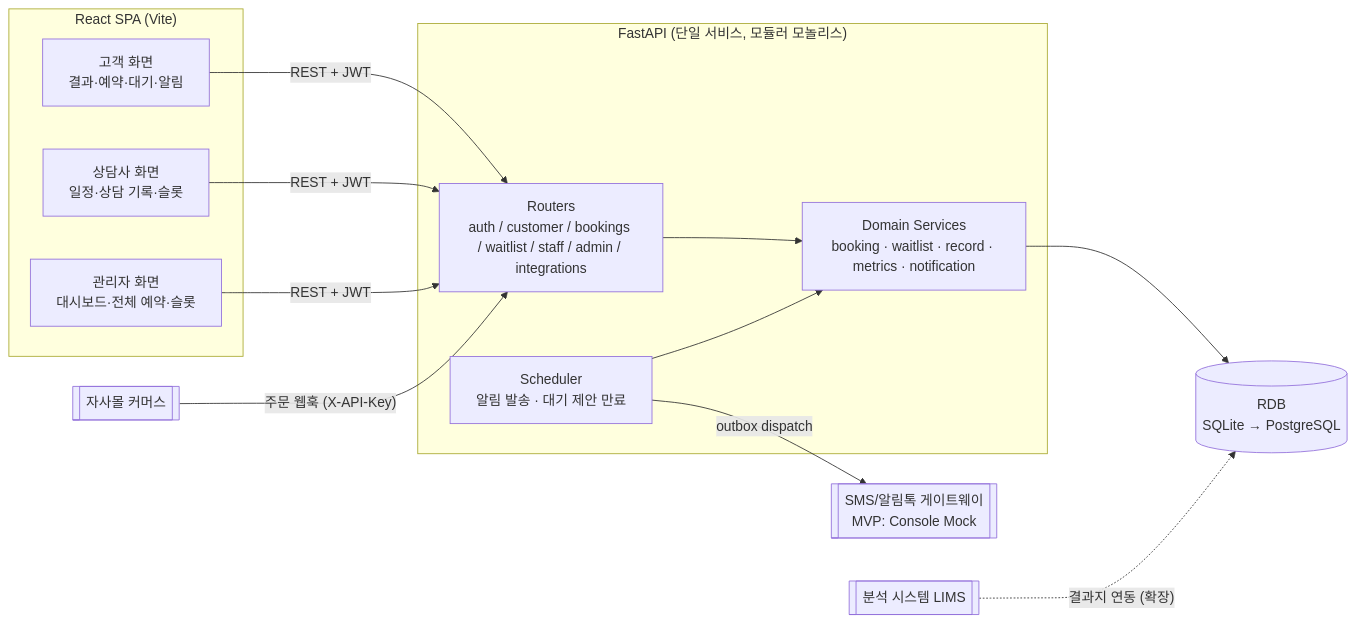
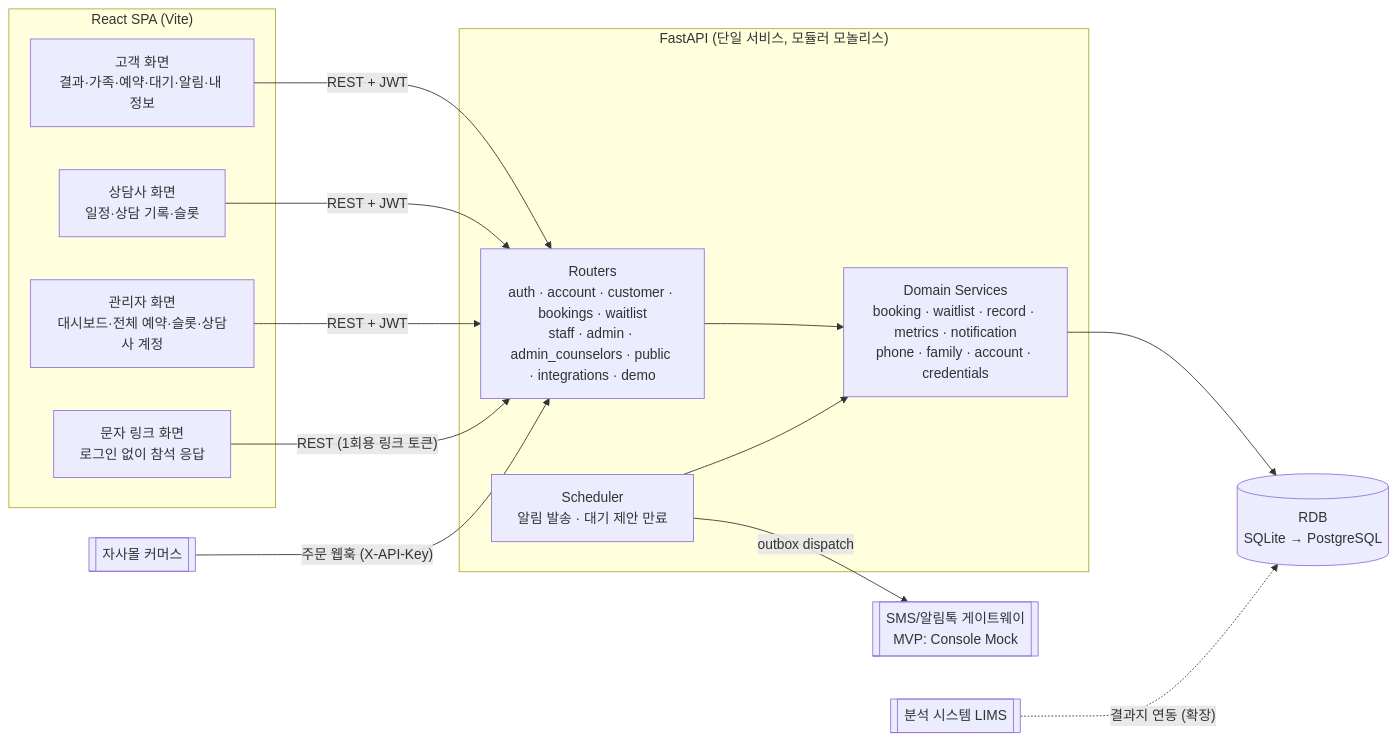
Before and after one commit to khj0317/Allosta: the first of 8 diagrams in docs/03-system-design.md, drawn with Mermaid. The commit also changed other lines of this file and 20 other files, not shown here.

````diff
--- a/docs/03-system-design.md
+++ b/docs/03-system-design.md
@@ -5,26 +5,28 @@
 ```mermaid
 flowchart LR
     subgraph Client["React SPA (Vite)"]
-        C1[고객 화면<br/>결과·예약·대기·알림]
+        C1[고객 화면<br/>결과·가족·예약·대기·알림·내 정보]
         C2[상담사 화면<br/>일정·상담 기록·슬롯]
-        C3[관리자 화면<br/>대시보드·전체 예약·슬롯]
+        C3[관리자 화면<br/>대시보드·전체 예약·슬롯·상담사 계정]
+        C4[문자 링크 화면<br/>로그인 없이 참석 응답]
     end
 
     subgraph API["FastAPI (단일 서비스, 모듈러 모놀리스)"]
-        R[Routers<br/>auth / customer / bookings / waitlist / staff / admin / integrations]
-        S[Domain Services<br/>booking · waitlist · record · metrics · notification]
+        R[Routers<br/>auth · account · customer · bookings · waitlist<br/>staff · admin · admin_counselors · public · integrations · demo]
+        S[Domain Services<br/>booking · waitlist · record · metrics · notification<br/>phone · family · account · credentials]
         SCH[Scheduler<br/>알림 발송 · 대기 제안 만료]
     end
 
     DB[(RDB<br/>SQLite → PostgreSQL)]
     SMS[[SMS/알림톡 게이트웨이<br/>MVP: Console Mock]]
     MALL[[자사몰 커머스]]
     LIMS[[분석 시스템 LIMS]]
 
     C1 & C2 & C3 -->|REST + JWT| R
+    C4 -->|"REST (1회용 링크 토큰)"| R
     R --> S --> DB
     SCH --> S
     SCH -->|outbox dispatch| SMS
     MALL -->|"주문 웹훅 (X-API-Key)"| R
     LIMS -.->|"결과지 연동 (확장)"| DB
 ```
````
